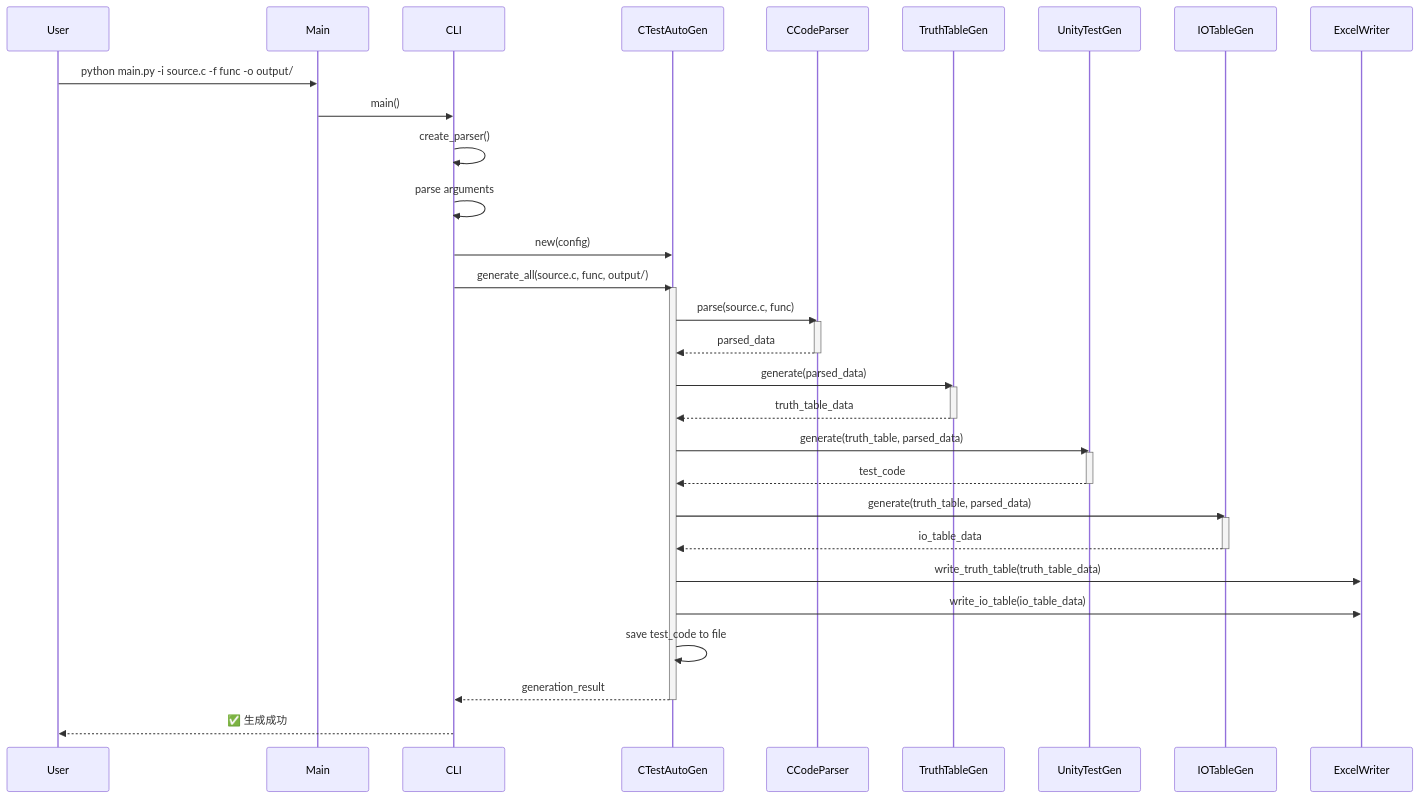
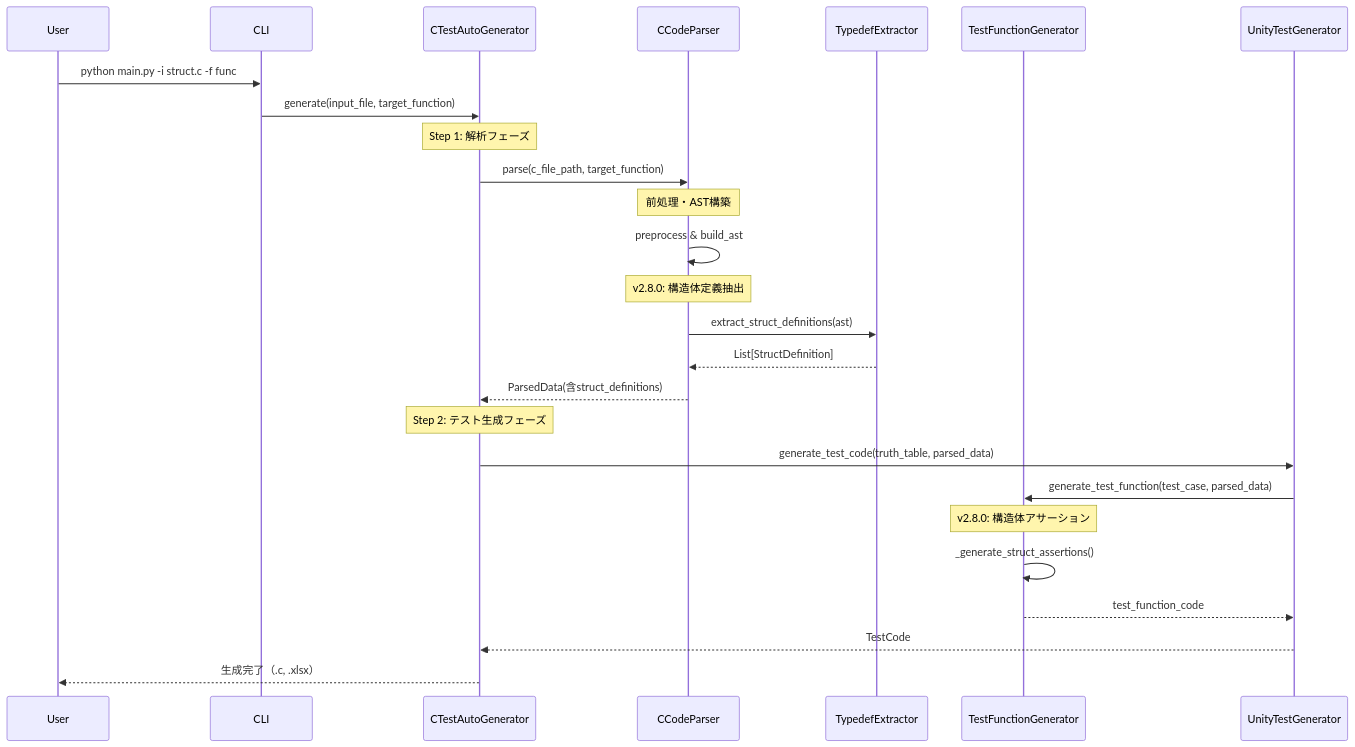
Before and after one commit to ryu5791/AutoUniTestGen: the first of 5 diagrams in doc/design_sequence_diagram.md, drawn with Mermaid. The commit also changed other lines of this file and 11 other files, not shown here.

````diff
--- a/doc/design_sequence_diagram.md
+++ b/doc/design_sequence_diagram.md
@@ -27,51 +11,38 @@
 ```mermaid
 sequenceDiagram
     participant User
-    participant Main
     participant CLI
-    participant CTestAutoGen
+    participant CTestAutoGenerator
     participant CCodeParser
-    participant TruthTableGen
-    participant UnityTestGen
-    participant IOTableGen
-    participant ExcelWriter
+    participant TypedefExtractor
+    participant TestFunctionGenerator
+    participant UnityTestGenerator
     
-    User->>Main: python main.py -i source.c -f func -o output/
-    Main->>CLI: main()
+    User->>CLI: python main.py -i struct.c -f func
+    CLI->>CTestAutoGenerator: generate(input_file, target_function)
     
-    CLI->>CLI: create_parser()
-    CLI->>CLI: parse arguments
-    CLI->>CTestAutoGen: new(config)
+    Note over CTestAutoGenerator: Step 1: 解析フェーズ
+    CTestAutoGenerator->>CCodeParser: parse(c_file_path, target_function)
     
-    CLI->>CTestAutoGen: generate_all(source.c, func, output/)
-    activate CTestAutoGen
+    Note over CCodeParser: 前処理・AST構築
+    CCodeParser->>CCodeParser: preprocess & build_ast
     
-    CTestAutoGen->>CCodeParser: parse(source.c, func)
-    activate CCodeParser
-    CCodeParser-->>CTestAutoGen: parsed_data
-    deactivate CCodeParser
+    Note over CCodeParser: v2.8.0: 構造体定義抽出
+    CCodeParser->>TypedefExtractor: extract_struct_definitions(ast)
+    TypedefExtractor-->>CCodeParser: List[StructDefinition]
     
-    CTestAutoGen->>TruthTableGen: generate(parsed_data)
-    activate TruthTableGen
-    TruthTableGen-->>CTestAutoGen: truth_table_data
-    deactivate TruthTableGen
+    CCodeParser-->>CTestAutoGenerator: ParsedData(含struct_definitions)
     
-    CTestAutoGen->>UnityTestGen: generate(truth_table, parsed_data)
-    activate UnityTestGen
-    UnityTestGen-->>CTestAutoGen: test_code
-    deactivate UnityTestGen
+    Note over CTestAutoGenerator: Step 2: テスト生成フェーズ
+    CTestAutoGenerator->>UnityTestGenerator: generate_test_code(truth_table, parsed_data)
     
-    CTestAutoGen->>IOTableGen: generate(truth_table, parsed_data)
-    activate IOTableGen
-    IOTableGen-->>CTestAutoGen: io_table_data
-    deactivate IOTableGen
+    UnityTestGenerator->>TestFunctionGenerator: generate_test_function(test_case, parsed_data)
     
-    CTestAutoGen->>ExcelWriter: write_truth_table(truth_table_data)
-    CTestAutoGen->>ExcelWriter: write_io_table(io_table_data)
-    CTestAutoGen->>CTestAutoGen: save test_code to file
+    Note over TestFunctionGenerator: v2.8.0: 構造体アサーション
+    TestFunctionGenerator->>TestFunctionGenerator: _generate_struct_assertions()
     
-    CTestAutoGen-->>CLI: generation_result
-    deactivate CTestAutoGen
+    TestFunctionGenerator-->>UnityTestGenerator: test_function_code
+    UnityTestGenerator-->>CTestAutoGenerator: TestCode
     
-    CLI-->>User: ✅ 生成成功
+    CTestAutoGenerator-->>User: 生成完了（.c, .xlsx）
 ```
````
